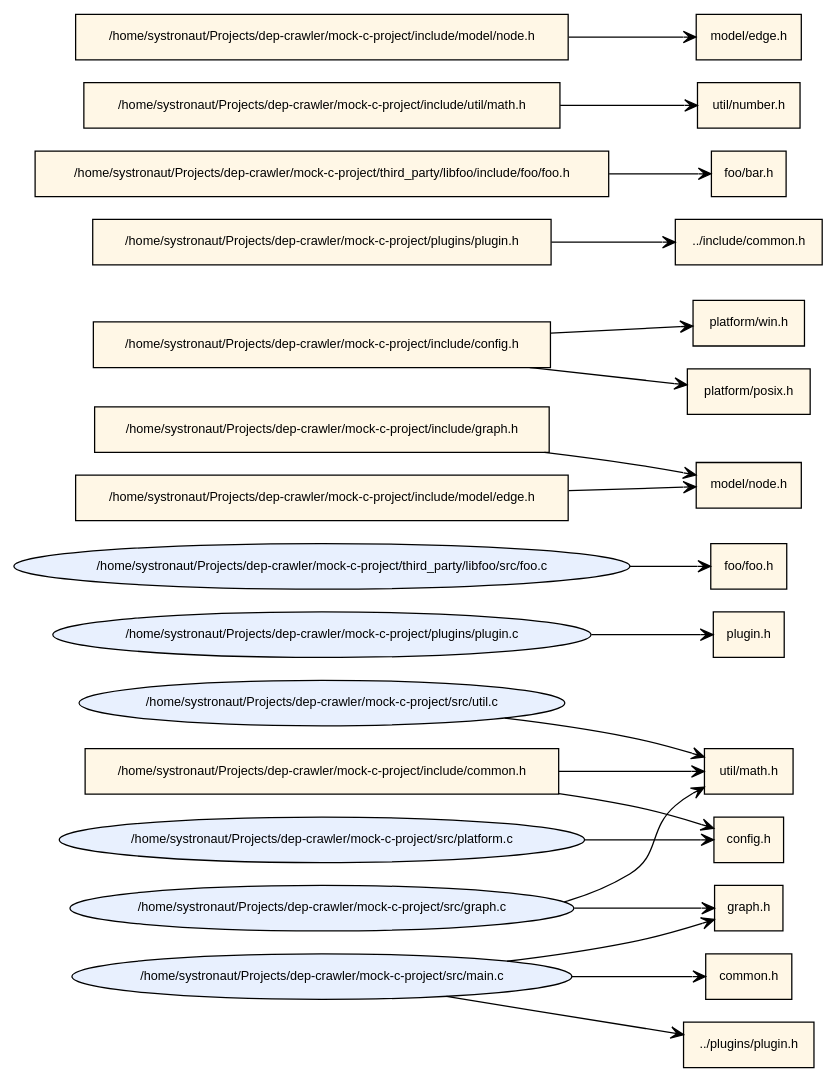
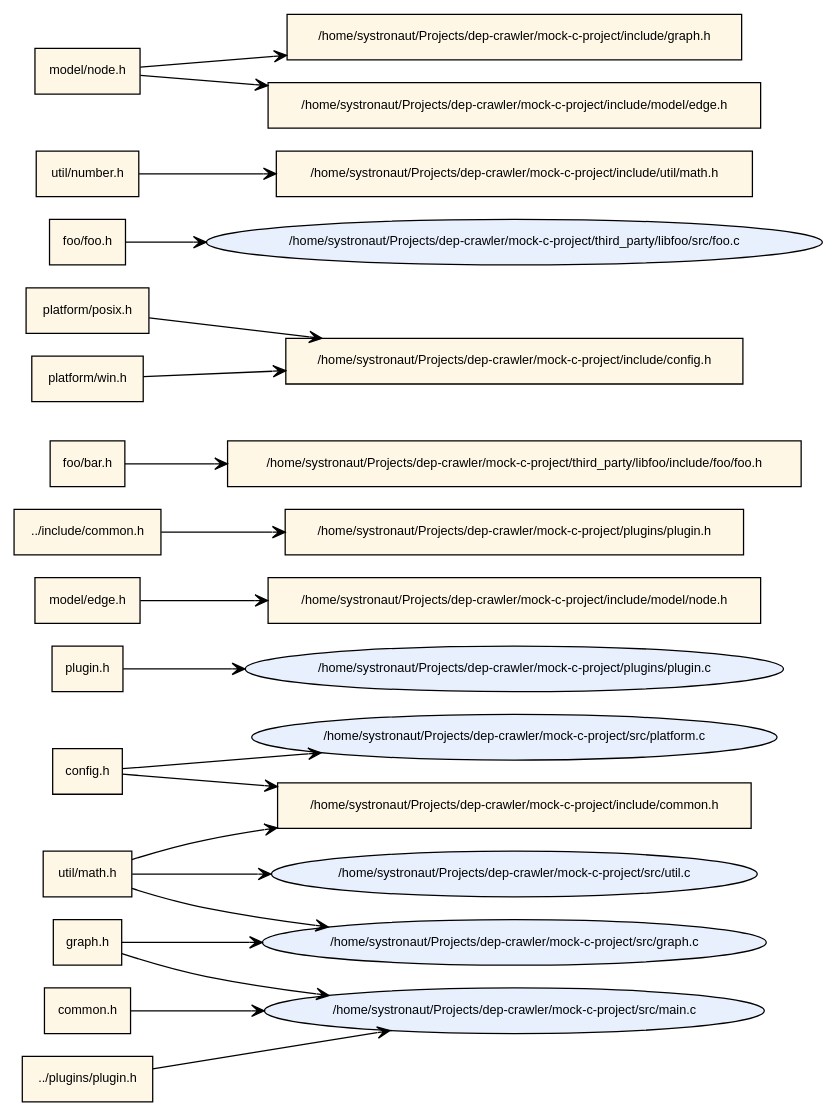
One commit to roomtin/dep-crawler changed the diagram in dep-graph.dot. Above: the diagram before and after it, drawn with Graphviz. The commit also changed 2 other files, not shown here.

Commit message:
fix dot graph order

```diff
--- a/dep-graph.dot
+++ b/dep-graph.dot
@@ -1,51 +1,57 @@
 digraph Includes {
   rankdir=LR;
-  node [fontname="Helvetica", fontsize=10];
-  "/home/systronaut/Projects/dep-crawler/mock-c-project/src/graph.c" [shape=ellipse, style=filled, fillcolor="#e8f0fe"];
-  "/home/systronaut/Projects/dep-crawler/mock-c-project/plugins/plugin.c" [shape=ellipse, style=filled, fillcolor="#e8f0fe"];
-  "/home/systronaut/Projects/dep-crawler/mock-c-project/third_party/libfoo/src/foo.c" [shape=ellipse, style=filled, fillcolor="#e8f0fe"];
-  "/home/systronaut/Projects/dep-crawler/mock-c-project/include/graph.h" [shape=box, style=filled, fillcolor="#fff7e6"];
-  "foo/foo.h" [shape=box, style=filled, fillcolor="#fff7e6"];
-  "../plugins/plugin.h" [shape=box, style=filled, fillcolor="#fff7e6"];
-  "config.h" [shape=box, style=filled, fillcolor="#fff7e6"];
-  "util/math.h" [shape=box, style=filled, fillcolor="#fff7e6"];
-  "common.h" [shape=box, style=filled, fillcolor="#fff7e6"];
-  "/home/systronaut/Projects/dep-crawler/mock-c-project/include/config.h" [shape=box, style=filled, fillcolor="#fff7e6"];
-  "model/node.h" [shape=box, style=filled, fillcolor="#fff7e6"];
-  "/home/systronaut/Projects/dep-crawler/mock-c-project/include/model/edge.h" [shape=box, style=filled, fillcolor="#fff7e6"];
-  "/home/systronaut/Projects/dep-crawler/mock-c-project/plugins/plugin.h" [shape=box, style=filled, fillcolor="#fff7e6"];
-  "../include/common.h" [shape=box, style=filled, fillcolor="#fff7e6"];
-  "platform/win.h" [shape=box, style=filled, fillcolor="#fff7e6"];
-  "/home/systronaut/Projects/dep-crawler/mock-c-project/third_party/libfoo/include/foo/foo.h" [shape=box, style=filled, fillcolor="#fff7e6"];
-  "util/number.h" [shape=box, style=filled, fillcolor="#fff7e6"];
-  "/home/systronaut/Projects/dep-crawler/mock-c-project/include/util/math.h" [shape=box, style=filled, fillcolor="#fff7e6"];
-  "platform/posix.h" [shape=box, style=filled, fillcolor="#fff7e6"];
-  "plugin.h" [shape=box, style=filled, fillcolor="#fff7e6"];
-  "graph.h" [shape=box, style=filled, fillcolor="#fff7e6"];
-  "/home/systronaut/Projects/dep-crawler/mock-c-project/src/main.c" [shape=ellipse, style=filled, fillcolor="#e8f0fe"];
-  "foo/bar.h" [shape=box, style=filled, fillcolor="#fff7e6"];
-  "model/edge.h" [shape=box, style=filled, fillcolor="#fff7e6"];
-  "/home/systronaut/Projects/dep-crawler/mock-c-project/include/common.h" [shape=box, style=filled, fillcolor="#fff7e6"];
-  "/home/systronaut/Projects/dep-crawler/mock-c-project/src/util.c" [shape=ellipse, style=filled, fillcolor="#e8f0fe"];
-  "/home/systronaut/Projects/dep-crawler/mock-c-project/include/model/node.h" [shape=box, style=filled, fillcolor="#fff7e6"];
-  "/home/systronaut/Projects/dep-crawler/mock-c-project/src/platform.c" [shape=ellipse, style=filled, fillcolor="#e8f0fe"];
-  "/home/systronaut/Projects/dep-crawler/mock-c-project/include/common.h" -> "config.h" [arrowhead=vee];
-  "/home/systronaut/Projects/dep-crawler/mock-c-project/src/platform.c" -> "config.h" [arrowhead=vee];
-  "/home/systronaut/Projects/dep-crawler/mock-c-project/src/graph.c" -> "graph.h" [arrowhead=vee];
-  "/home/systronaut/Projects/dep-crawler/mock-c-project/src/main.c" -> "graph.h" [arrowhead=vee];
-  "/home/systronaut/Projects/dep-crawler/mock-c-project/src/main.c" -> "../plugins/plugin.h" [arrowhead=vee];
-  "/home/systronaut/Projects/dep-crawler/mock-c-project/include/common.h" -> "util/math.h" [arrowhead=vee];
-  "/home/systronaut/Projects/dep-crawler/mock-c-project/src/util.c" -> "util/math.h" [arrowhead=vee];
-  "/home/systronaut/Projects/dep-crawler/mock-c-project/src/graph.c" -> "util/math.h" [arrowhead=vee];
-  "/home/systronaut/Projects/dep-crawler/mock-c-project/include/config.h" -> "platform/win.h" [arrowhead=vee];
-  "/home/systronaut/Projects/dep-crawler/mock-c-project/include/model/edge.h" -> "model/node.h" [arrowhead=vee];
-  "/home/systronaut/Projects/dep-crawler/mock-c-project/include/graph.h" -> "model/node.h" [arrowhead=vee];
-  "/home/systronaut/Projects/dep-crawler/mock-c-project/plugins/plugin.h" -> "../include/common.h" [arrowhead=vee];
-  "/home/systronaut/Projects/dep-crawler/mock-c-project/src/main.c" -> "common.h" [arrowhead=vee];
-  "/home/systronaut/Projects/dep-crawler/mock-c-project/third_party/libfoo/include/foo/foo.h" -> "foo/bar.h" [arrowhead=vee];
-  "/home/systronaut/Projects/dep-crawler/mock-c-project/include/util/math.h" -> "util/number.h" [arrowhead=vee];
-  "/home/systronaut/Projects/dep-crawler/mock-c-project/include/config.h" -> "platform/posix.h" [arrowhead=vee];
-  "/home/systronaut/Projects/dep-crawler/mock-c-project/include/model/node.h" -> "model/edge.h" [arrowhead=vee];
-  "/home/systronaut/Projects/dep-crawler/mock-c-project/plugins/plugin.c" -> "plugin.h" [arrowhead=vee];
-  "/home/systronaut/Projects/dep-crawler/mock-c-project/third_party/libfoo/src/foo.c" -> "foo/foo.h" [arrowhead=vee];
+  graph [splines=true, concentrate=true];
+  node  [fontname="Helvetica", fontsize=10, style=filled];
+  edge  [arrowhead=vee];
+  { rank=source;
+    "config.h" [shape=box, fillcolor="#fff7e6"];
+    "common.h" [shape=box, fillcolor="#fff7e6"];
+    "graph.h" [shape=box, fillcolor="#fff7e6"];
+    "util/math.h" [shape=box, fillcolor="#fff7e6"];
+    "../plugins/plugin.h" [shape=box, fillcolor="#fff7e6"];
+    "plugin.h" [shape=box, fillcolor="#fff7e6"];
+    "model/edge.h" [shape=box, fillcolor="#fff7e6"];
+    "../include/common.h" [shape=box, fillcolor="#fff7e6"];
+    "foo/bar.h" [shape=box, fillcolor="#fff7e6"];
+    "platform/posix.h" [shape=box, fillcolor="#fff7e6"];
+    "platform/win.h" [shape=box, fillcolor="#fff7e6"];
+    "foo/foo.h" [shape=box, fillcolor="#fff7e6"];
+    "util/number.h" [shape=box, fillcolor="#fff7e6"];
+    "model/node.h" [shape=box, fillcolor="#fff7e6"];
+  }
+  { rank=sink;
+    "/home/systronaut/Projects/dep-crawler/mock-c-project/include/model/node.h" [shape=box, fillcolor="#fff7e6"];
+    "/home/systronaut/Projects/dep-crawler/mock-c-project/src/graph.c" [shape=ellipse, fillcolor="#e8f0fe"];
+    "/home/systronaut/Projects/dep-crawler/mock-c-project/include/config.h" [shape=box, fillcolor="#fff7e6"];
+    "/home/systronaut/Projects/dep-crawler/mock-c-project/src/main.c" [shape=ellipse, fillcolor="#e8f0fe"];
+    "/home/systronaut/Projects/dep-crawler/mock-c-project/plugins/plugin.h" [shape=box, fillcolor="#fff7e6"];
+    "/home/systronaut/Projects/dep-crawler/mock-c-project/include/graph.h" [shape=box, fillcolor="#fff7e6"];
+    "/home/systronaut/Projects/dep-crawler/mock-c-project/include/common.h" [shape=box, fillcolor="#fff7e6"];
+    "/home/systronaut/Projects/dep-crawler/mock-c-project/src/platform.c" [shape=ellipse, fillcolor="#e8f0fe"];
+    "/home/systronaut/Projects/dep-crawler/mock-c-project/third_party/libfoo/include/foo/foo.h" [shape=box, fillcolor="#fff7e6"];
+    "/home/systronaut/Projects/dep-crawler/mock-c-project/plugins/plugin.c" [shape=ellipse, fillcolor="#e8f0fe"];
+    "/home/systronaut/Projects/dep-crawler/mock-c-project/include/util/math.h" [shape=box, fillcolor="#fff7e6"];
+    "/home/systronaut/Projects/dep-crawler/mock-c-project/third_party/libfoo/src/foo.c" [shape=ellipse, fillcolor="#e8f0fe"];
+    "/home/systronaut/Projects/dep-crawler/mock-c-project/include/model/edge.h" [shape=box, fillcolor="#fff7e6"];
+    "/home/systronaut/Projects/dep-crawler/mock-c-project/src/util.c" [shape=ellipse, fillcolor="#e8f0fe"];
+  }
+  "plugin.h" -> "/home/systronaut/Projects/dep-crawler/mock-c-project/plugins/plugin.c";
+  "util/math.h" -> "/home/systronaut/Projects/dep-crawler/mock-c-project/src/util.c";
+  "util/math.h" -> "/home/systronaut/Projects/dep-crawler/mock-c-project/src/graph.c";
+  "util/math.h" -> "/home/systronaut/Projects/dep-crawler/mock-c-project/include/common.h";
+  "model/node.h" -> "/home/systronaut/Projects/dep-crawler/mock-c-project/include/model/edge.h";
+  "model/node.h" -> "/home/systronaut/Projects/dep-crawler/mock-c-project/include/graph.h";
+  "model/edge.h" -> "/home/systronaut/Projects/dep-crawler/mock-c-project/include/model/node.h";
+  "platform/win.h" -> "/home/systronaut/Projects/dep-crawler/mock-c-project/include/config.h";
+  "util/number.h" -> "/home/systronaut/Projects/dep-crawler/mock-c-project/include/util/math.h";
+  "platform/posix.h" -> "/home/systronaut/Projects/dep-crawler/mock-c-project/include/config.h";
+  "config.h" -> "/home/systronaut/Projects/dep-crawler/mock-c-project/include/common.h";
+  "config.h" -> "/home/systronaut/Projects/dep-crawler/mock-c-project/src/platform.c";
+  "foo/foo.h" -> "/home/systronaut/Projects/dep-crawler/mock-c-project/third_party/libfoo/src/foo.c";
+  "common.h" -> "/home/systronaut/Projects/dep-crawler/mock-c-project/src/main.c";
+  "graph.h" -> "/home/systronaut/Projects/dep-crawler/mock-c-project/src/main.c";
+  "graph.h" -> "/home/systronaut/Projects/dep-crawler/mock-c-project/src/graph.c";
+  "../plugins/plugin.h" -> "/home/systronaut/Projects/dep-crawler/mock-c-project/src/main.c";
+  "../include/common.h" -> "/home/systronaut/Projects/dep-crawler/mock-c-project/plugins/plugin.h";
+  "foo/bar.h" -> "/home/systronaut/Projects/dep-crawler/mock-c-project/third_party/libfoo/include/foo/foo.h";
 }
```
